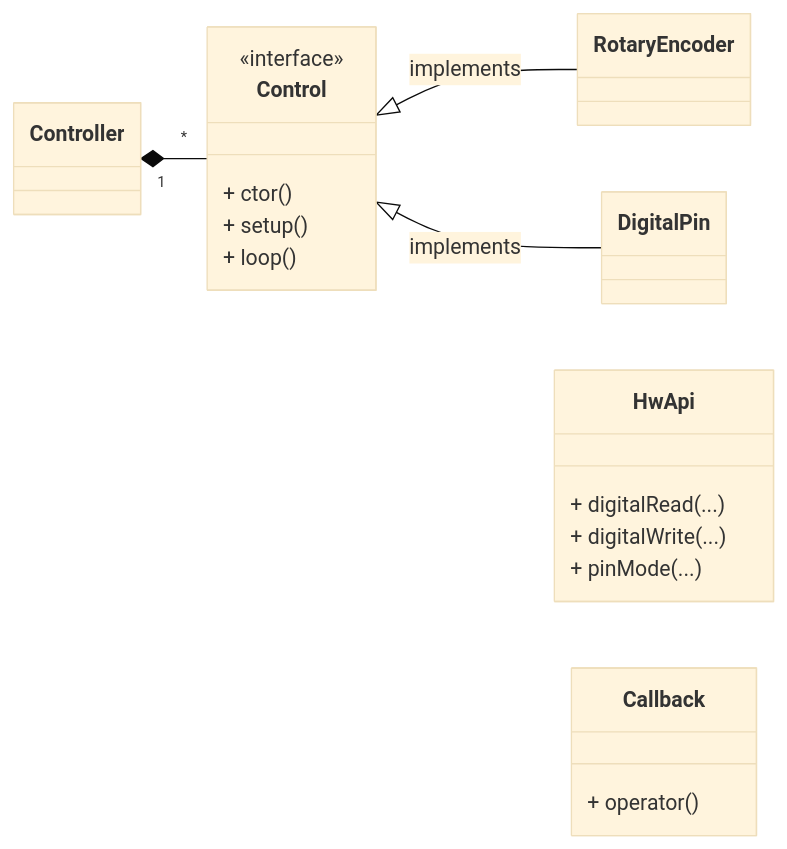
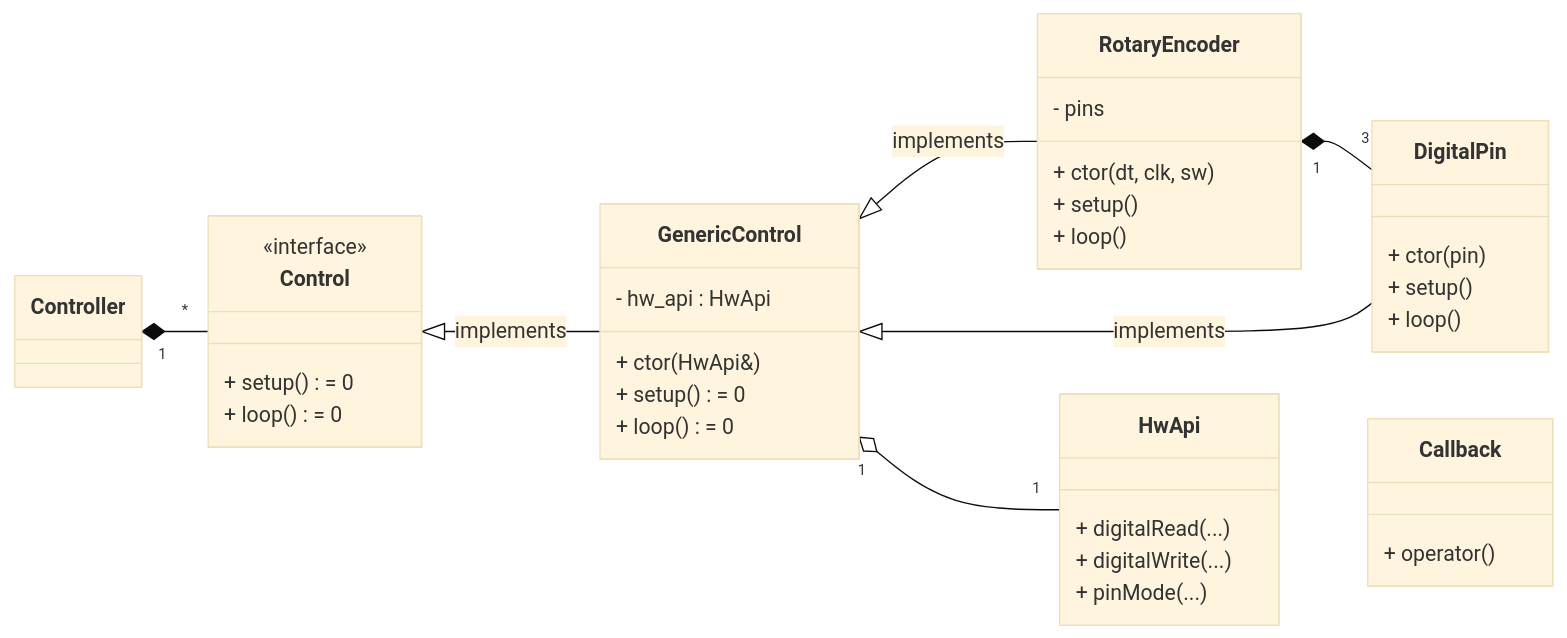
Before and after one commit to aserebryakov/arduino-cpp-components-library: the diagram in support_library/README.md, drawn with Mermaid (base theme). The commit also changed other lines of this file, not shown here.

Commit message:
Controller: Some more wip thoughts about the controller structure.

````diff
--- a/support_library/README.md
+++ b/support_library/README.md
@@ -9,29 +11,48 @@
 ```mermaid
 classDiagram
     direction RL
     class Controller
     
     class Control {
         <<interface>>
-        + ctor()
+        + setup() = 0
+        + loop() = 0
+    }
+    
+    class GenericControl {
+        + ctor(HwApi&)
+        + setup() = 0
+        + loop() = 0
+        - hw_api : HwApi
+    }
+    
+    class RotaryEncoder {
+        + ctor(dt, clk, sw)
+        + setup()
+        + loop()
+        - pins
+    }
+    
+    class DigitalPin {
+        + ctor(pin)
         + setup()
         + loop()
     }
-    
-    class RotaryEncoder
-    class DigitalPin
     
     class HwApi {
         + digitalRead(...)
         + digitalWrite(...)
         + pinMode(...)
     }
     
     class Callback {
         + operator()
     }
     
-    RotaryEncoder --|> Control : implements
-    DigitalPin --|> Control : implements
+    GenericControl --|> Control : implements
+    RotaryEncoder --|> GenericControl : implements
+    DigitalPin --|> GenericControl : implements
+    DigitalPin "3" --* "1" RotaryEncoder : 
     Control "*" --* "1" Controller
+    HwApi "1" --o "1" GenericControl
 ```
````
